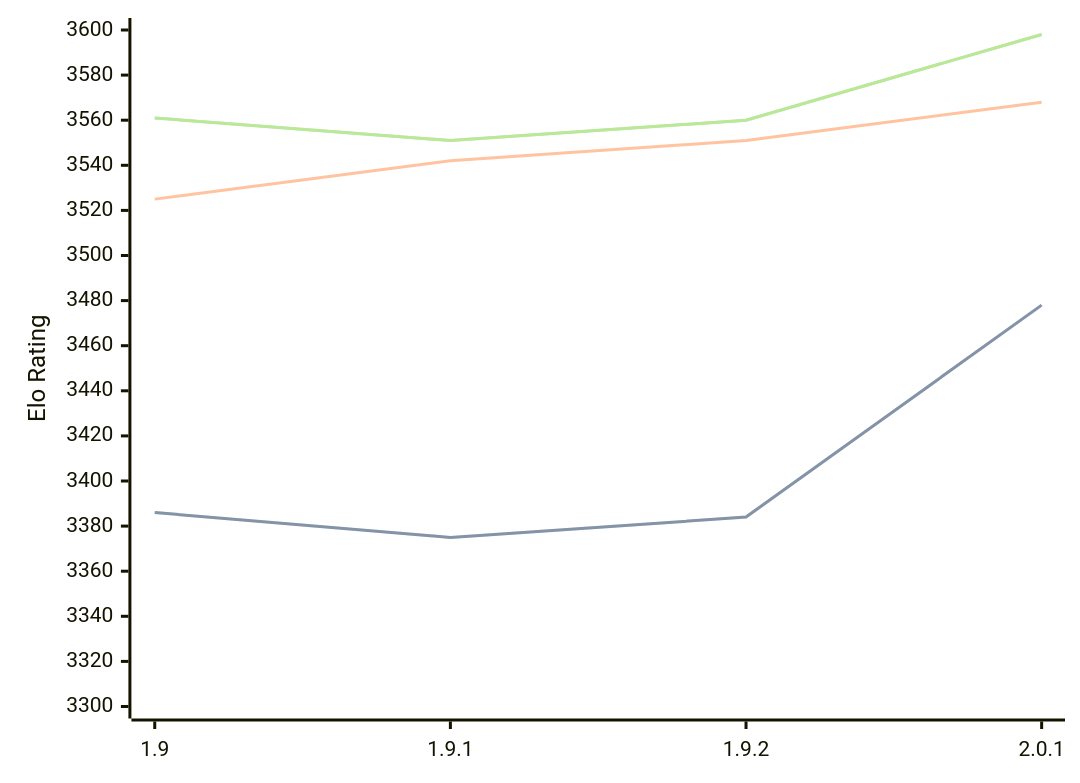
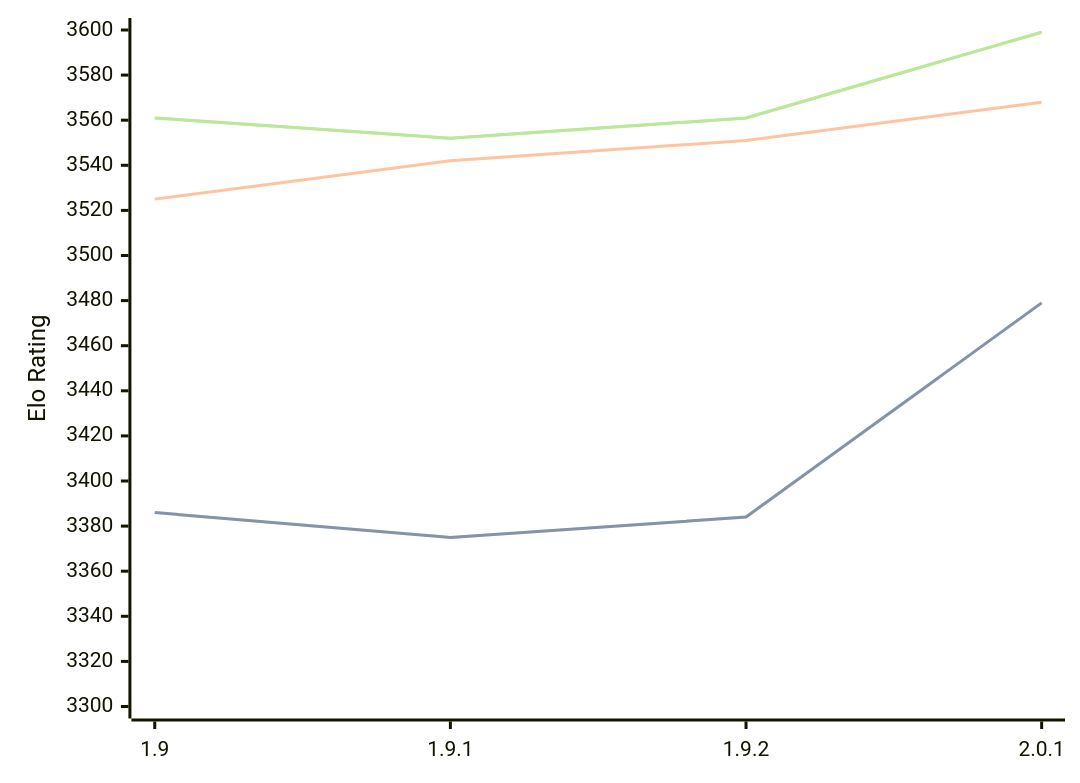
The diagram in engines/Pawnocchio.md (computer-chess-index/cci), drawn with Mermaid before and after one commit. The commit also changed other lines of this file, not shown here.

Commit message:
Update CCI Ratings (ELO VLTC) - 2026-10-08

````diff
--- a/engines/Pawnocchio.md
+++ b/engines/Pawnocchio.md
@@ -36,11 +36,11 @@
 ```mermaid
 %%{init: {"theme":"base","themeVariables":{"seriesColors:['#a3a3a3','#222221','#faa371']}}}%%
 xychart-beta
   x-axis ["1.9", "1.9.1", "1.9.2", "2.0.1"]
   y-axis "Elo Rating" 3300 --> 3600
-  line "" [3386, 3375, 3384, 3478]
-  line "STC (8.0+0.08s)" [3386, 3375, 3384, 3478]
+  line "" [3386, 3375, 3384, 3479]
+  line "STC (8.0+0.08s)" [3386, 3375, 3384, 3479]
   line "LTC (60.0+0.60s)" [3525, 3542, 3551, 3568]
-  line "" [3561, 3551, 3560, 3598]
-  line "VLTC (2m24s+1.12s)" [3561, 3551, 3560, 3598]
+  line "" [3561, 3552, 3561, 3599]
+  line "VLTC (2m24s+1.12s)" [3561, 3552, 3561, 3599]
 ```
````
